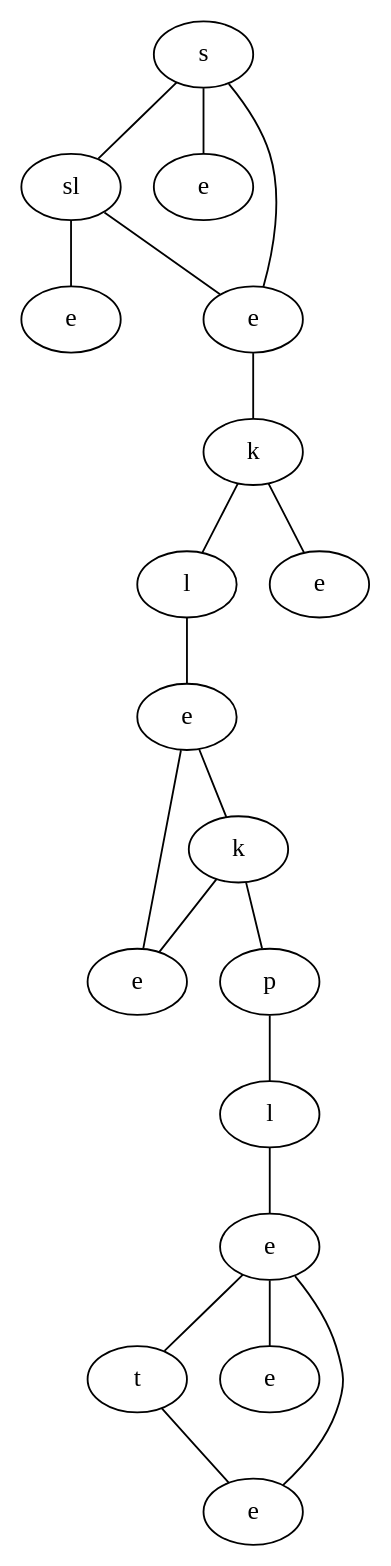
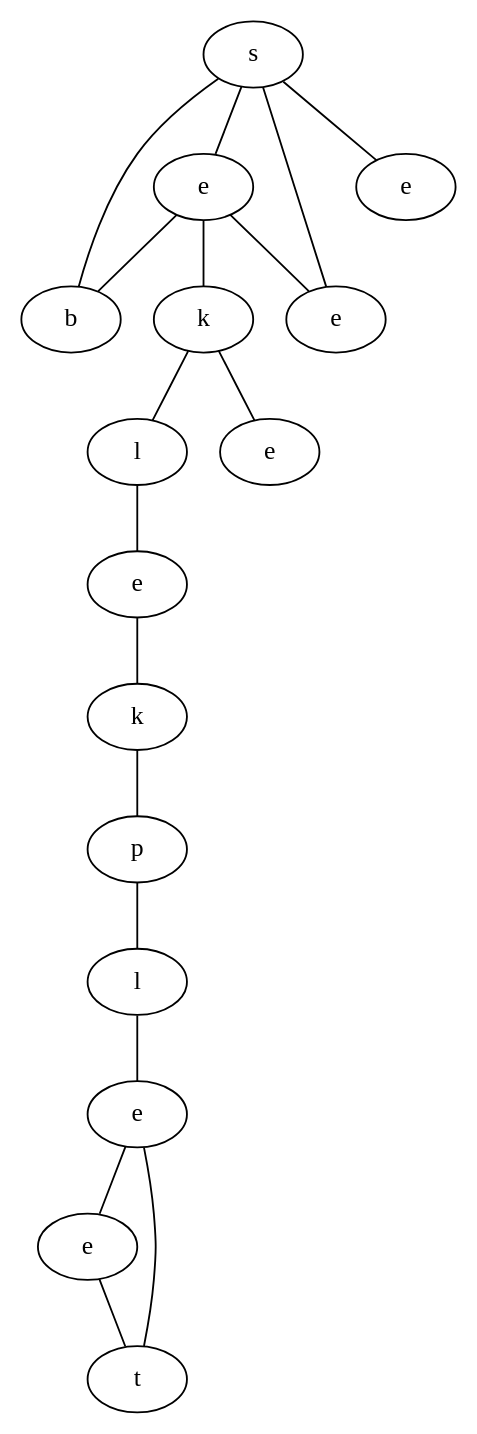
Before and after one commit to schrum2/MM-NEAT: the diagram in data/VGLC/graph.dot, drawn with Graphviz. The commit also changed 3 other files, not shown here.

```diff
--- a/data/VGLC/graph.dot
+++ b/data/VGLC/graph.dot
@@ -1,38 +1,34 @@
 graph {
-KNmb[label="s"]
-MHIK[label="sl"]
-vpFJ[label="e"]
-LLZv[label="e"]
-dPhg[label="e"]
-rJpX[label="k"]
-otlv[label="l"]
-lPKL[label="e"]
-jOKT[label="e"]
-vJDS[label="k"]
-LnsR[label="e"]
-eKuQ[label="p"]
-GlUS[label="l"]
-ackd[label="e"]
-kQYN[label="t"]
-VSln[label="e"]
-JEMM[label="e"]
-KNmb -- MHIK
-KNmb -- vpFJ
-KNmb -- LLZv
-MHIK -- LLZv
-MHIK -- dPhg
-LLZv -- rJpX
-rJpX -- otlv
-rJpX -- lPKL
-otlv -- jOKT
-jOKT -- vJDS
-jOKT -- LnsR
-vJDS -- LnsR
-vJDS -- eKuQ
-eKuQ -- GlUS
-GlUS -- ackd
-ackd -- kQYN
-ackd -- VSln
-ackd -- JEMM
-kQYN -- JEMM
+UeyE[label="s"]
+GdwZ[label="e"]
+MQci[label="b"]
+vIss[label="e"]
+qBom[label="e"]
+bXwT[label="k"]
+rOMO[label="l"]
+jtxI[label="e"]
+oLZG[label="e"]
+Bpoi[label="k"]
+HMgs[label="p"]
+TYIA[label="l"]
+lCHt[label="e"]
+nqyN[label="e"]
+Dxna[label="t"]
+UeyE -- GdwZ
+UeyE -- MQci
+UeyE -- vIss
+UeyE -- qBom
+GdwZ -- bXwT
+GdwZ -- MQci
+GdwZ -- vIss
+bXwT -- rOMO
+bXwT -- jtxI
+rOMO -- oLZG
+oLZG -- Bpoi
+Bpoi -- HMgs
+HMgs -- TYIA
+TYIA -- lCHt
+lCHt -- nqyN
+lCHt -- Dxna
+nqyN -- Dxna
 }
```
